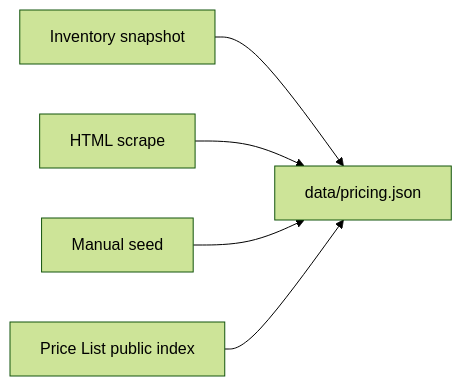
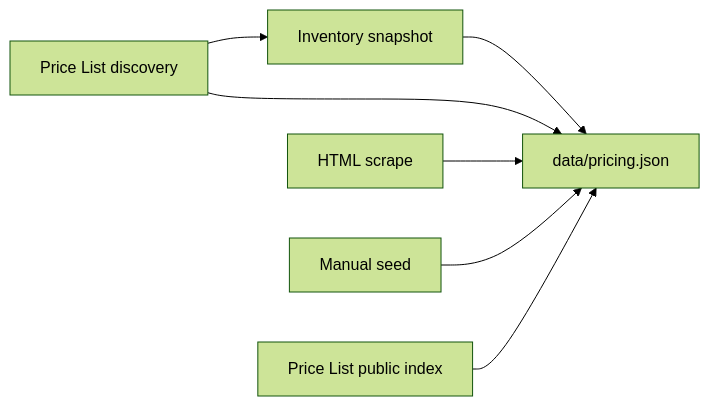
Before and after one commit to swateek/aws-bedrock-lens: the diagram in docs/PRICING_SOURCES.md, drawn with Mermaid (forest theme). The commit also changed other lines of this file and 17 other files, not shown here.

````diff
--- a/docs/PRICING_SOURCES.md
+++ b/docs/PRICING_SOURCES.md
@@ -90,7 +91,9 @@
 ```mermaid
 flowchart LR
   Snapshot[Inventory snapshot] --> Catalog[data/pricing.json]
+  Discovery[Price List discovery] --> Catalog
+  Discovery --> Snapshot
   HTML[HTML scrape] --> Catalog
   Manual[Manual seed] --> Catalog
   PL[Price List public index] --> Catalog
 ```
````
